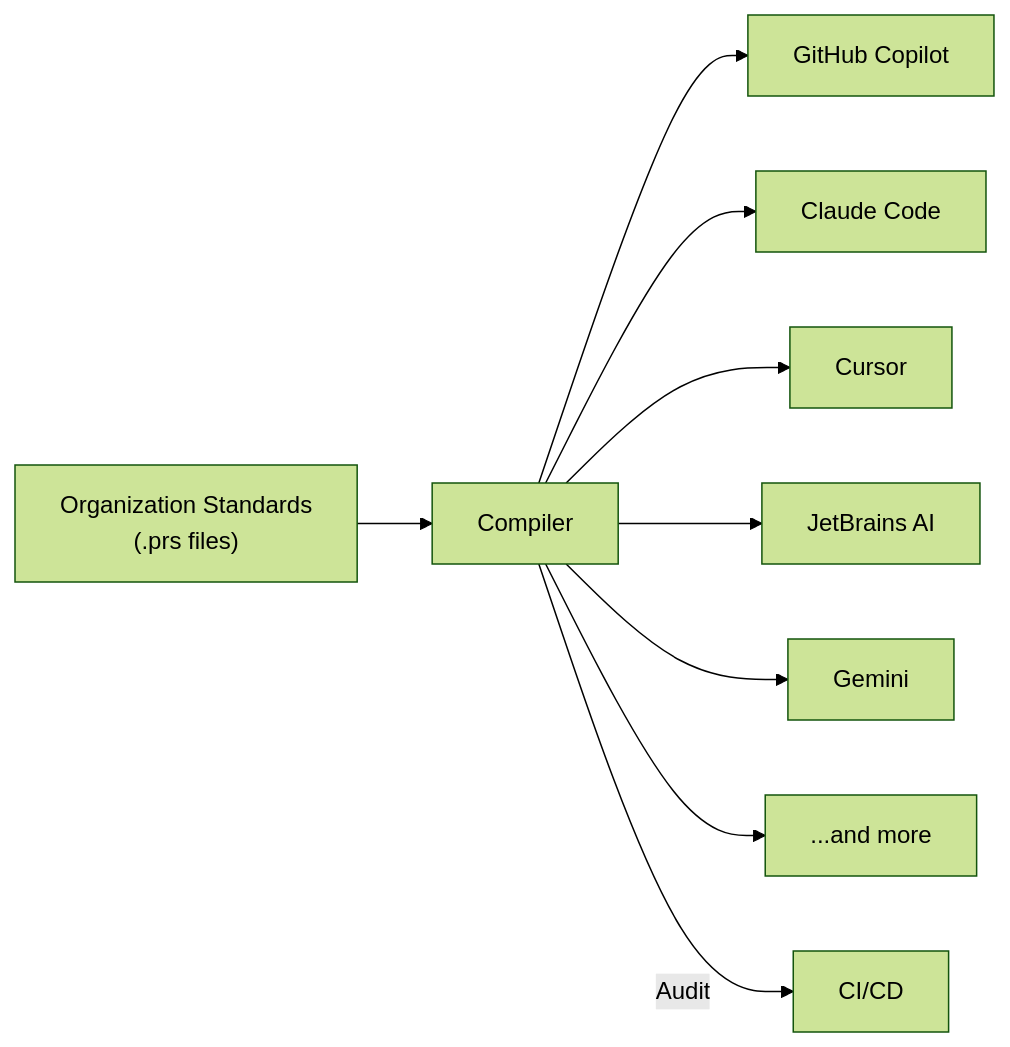
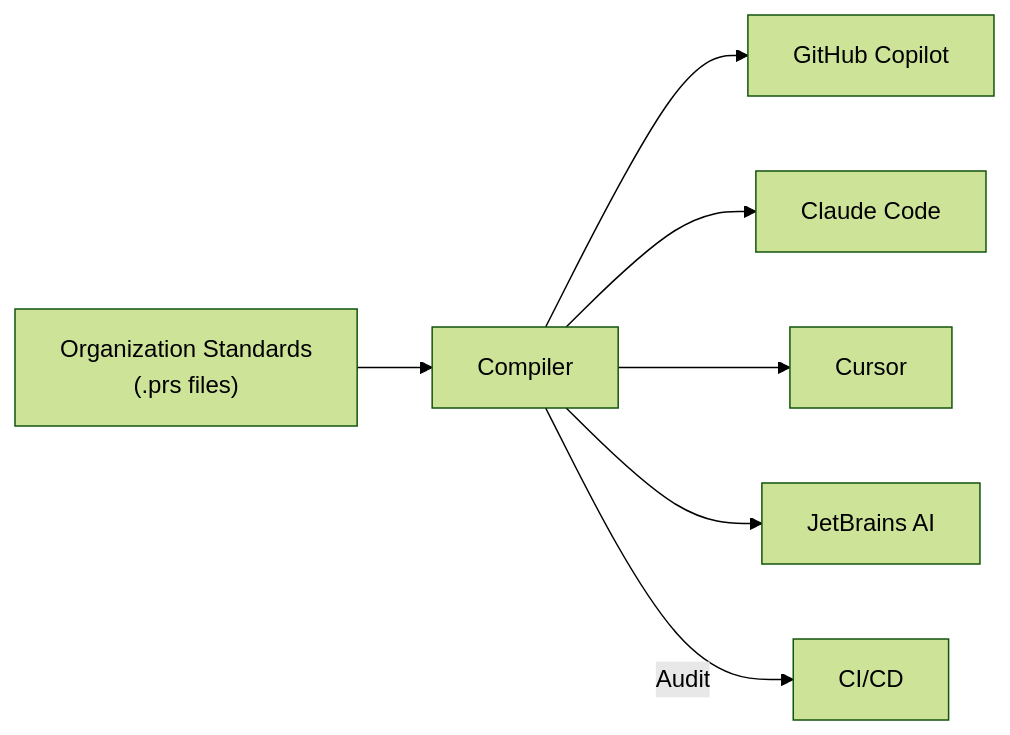
The diagram in README.md (mrwogu/promptscript), drawn with Mermaid (forest theme) before and after one commit.

Commit message:
docs: fix diagram - remove unsupported Gemini target

````diff
--- a/README.md
+++ b/README.md
@@ -40,11 +40,9 @@
 ```mermaid
 flowchart LR
     Central["Organization Standards<br/>(.prs files)"] --> Compiler
     Compiler --> Copilot["GitHub Copilot"]
     Compiler --> Claude["Claude Code"]
     Compiler --> Cursor["Cursor"]
     Compiler --> JetBrains["JetBrains AI"]
-    Compiler --> Gemini["Gemini"]
-    Compiler --> Other["...and more"]
     Compiler -->|Audit| CI["CI/CD"]
 ```
````
